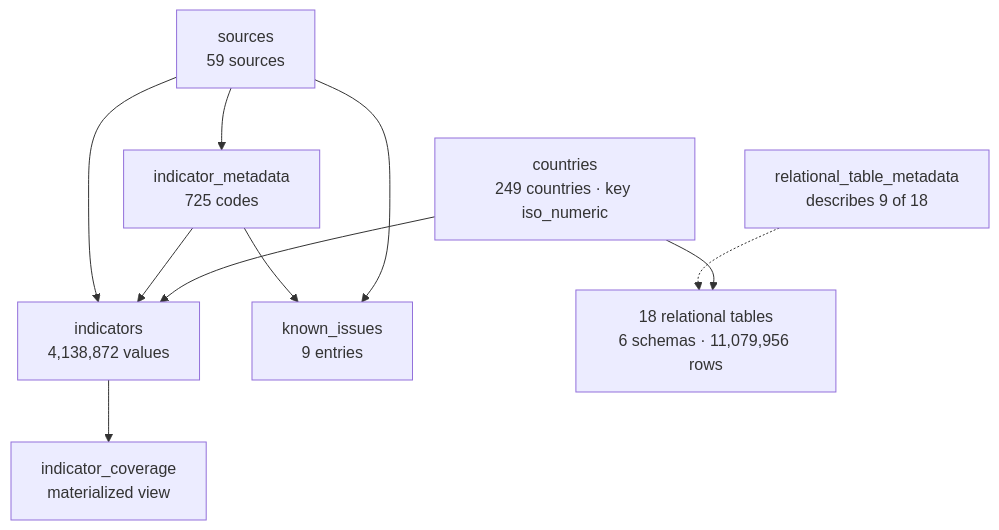
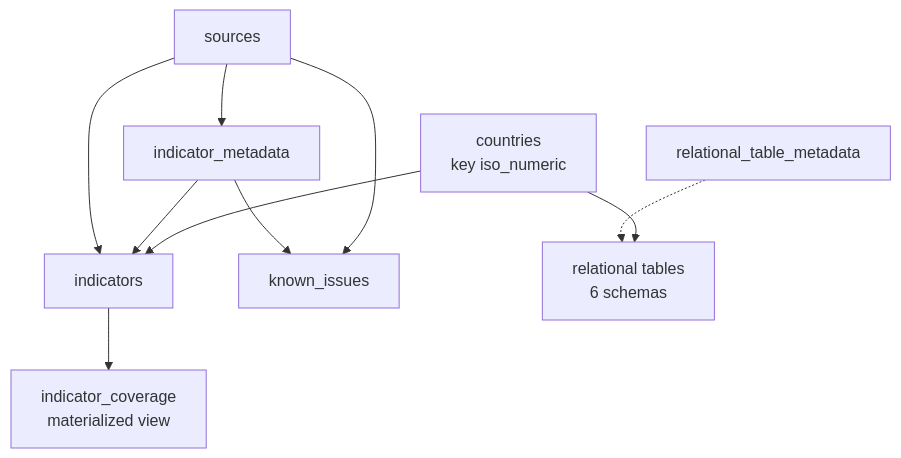
Before and after one commit to Julian-Endres/country-intelligence: the first of 2 diagrams in PROJECT_CONTEXT.md, drawn with Mermaid. The commit also changed other lines of this file and 7 other files, not shown here.

````diff
--- a/PROJECT_CONTEXT.md
+++ b/PROJECT_CONTEXT.md
@@ -96,21 +133,21 @@
 ```mermaid
 flowchart TD
-    countries["countries<br/>249 countries · key iso_numeric"]
-    sources["sources<br/>59 sources"]
-    meta["indicator_metadata<br/>725 codes"]
-    ind["indicators<br/>4,138,872 values"]
-    ki["known_issues<br/>9 entries"]
-    rel["18 relational tables<br/>6 schemas · 11,079,956 rows"]
-    rtm["relational_table_metadata<br/>describes 9 of 18"]
+    countries["countries<br/>key iso_numeric"]
+    sources["sources"]
+    meta["indicator_metadata"]
+    ind["indicators"]
+    ki["known_issues"]
+    rel["relational tables<br/>6 schemas"]
+    rtm["relational_table_metadata"]
     cov["indicator_coverage<br/>materialized view"]
 
     countries --> ind
     meta --> ind
     sources --> meta
     sources --> ind
     sources --> ki
     meta --> ki
     countries --> rel
     rtm -.-> rel
     ind --> cov
 ```
````
